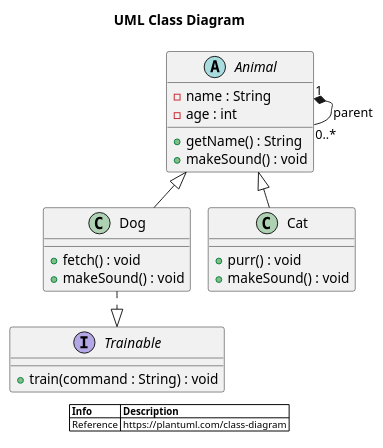
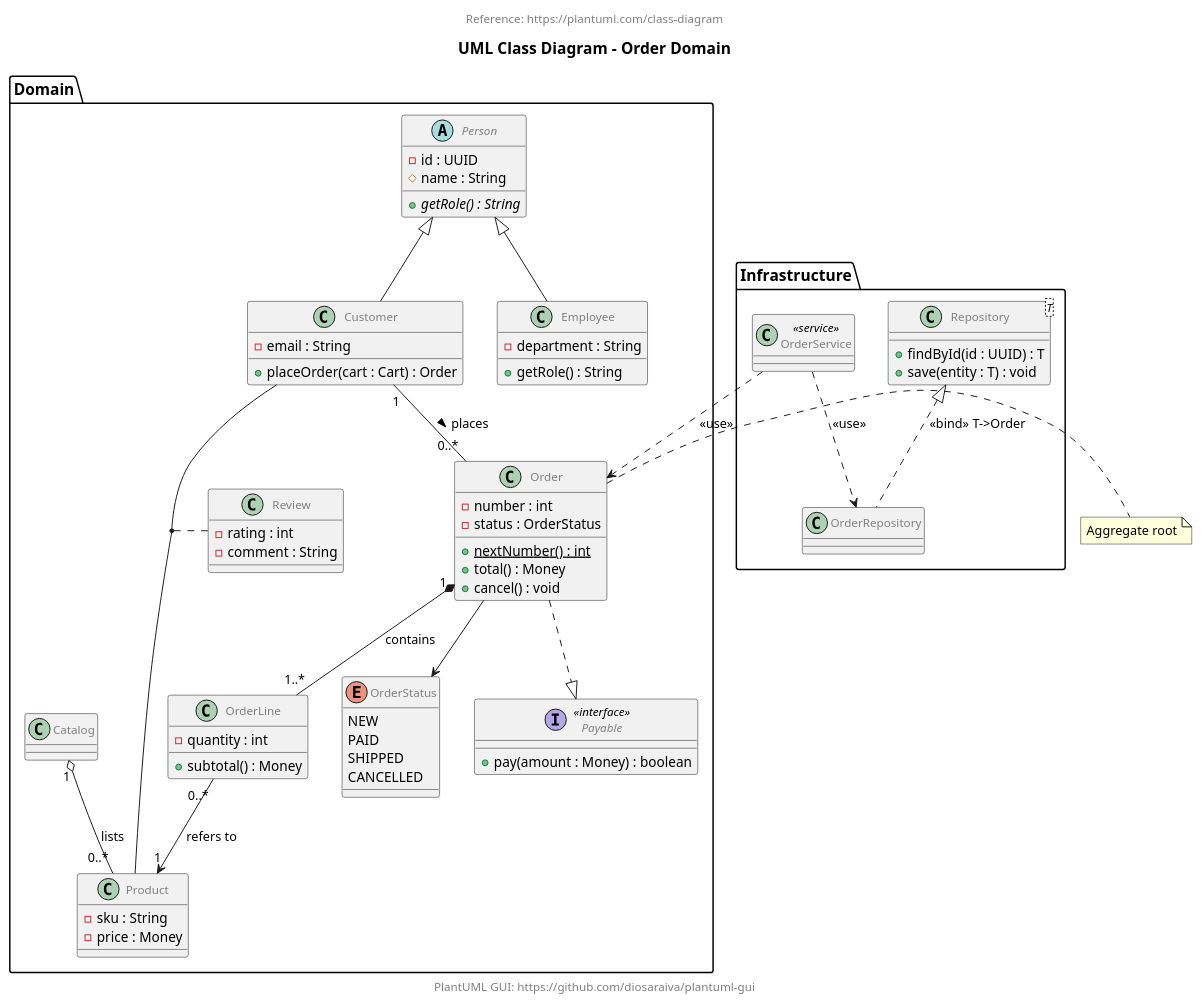
The diagram in plantuml-gui-java/src/main/resources/plantuml/samples/uml_class.puml (diosaraiva/plantuml-gui), drawn with PlantUML before and after one commit. The commit also changed 68 other files, not shown here.

```diff
--- a/plantuml-gui-java/src/main/resources/plantuml/samples/uml_class.puml
+++ b/plantuml-gui-java/src/main/resources/plantuml/samples/uml_class.puml
@@ -1,42 +1,117 @@
 @startuml
-!pragma layout smetana
+' ---- Customizations ----
+<style>
+title {
+  HorizontalAlignment center
+  FontSize 16
+  FontColor black
+}
 
-title UML Class Diagram
+header {
+  HorizontalAlignment center
+  FontSize 12
+  FontColor gray
+}
 
-' ---- Customizations ----
-skinparam legendBackgroundColor #white
-skinparam legendBorderColor #white
-skinparam legendFontSize 10
+footer {
+  HorizontalAlignment center
+  FontSize 12
+  FontColor gray
+}
+
+legend {
+  FontSize 12
+  BackGroundColor white
+}
+
+caption {
+  FontSize 32
+}
+</style>
+
+header Reference: https://plantuml.com/class-diagram
+
+footer PlantUML GUI: https://github.com/diosaraiva/plantuml-gui 
+
+title UML Class Diagram - Order Domain
 
 ' ---- Elements ----
-abstract class Animal {
-  - name : String
-  - age : int
-  + getName() : String
-  + makeSound() : void
+package "Domain" {
+  abstract class Person {
+    - id : UUID
+    # name : String
+    + {abstract} getRole() : String
+  }
+
+  class Customer {
+    - email : String
+    + placeOrder(cart : Cart) : Order
+  }
+
+  class Employee {
+    - department : String
+    + getRole() : String
+  }
+
+  class Order {
+    - number : int
+    - status : OrderStatus
+    + {static} nextNumber() : int
+    + total() : Money
+    + cancel() : void
+  }
+
+  class OrderLine {
+    - quantity : int
+    + subtotal() : Money
+  }
+
+  class Product {
+    - sku : String
+    - price : Money
+  }
+
+  class Catalog
+
+  class Review {
+    - rating : int
+    - comment : String
+  }
+
+  enum OrderStatus {
+    NEW
+    PAID
+    SHIPPED
+    CANCELLED
+  }
+
+  interface Payable <<interface>> {
+    + pay(amount : Money) : boolean
+  }
 }
 
-class Dog extends Animal {
-  + fetch() : void
-  + makeSound() : void
+package "Infrastructure" {
+  class Repository<T> {
+    + findById(id : UUID) : T
+    + save(entity : T) : void
+  }
+  class OrderRepository
+  class OrderService <<service>>
 }
 
-class Cat extends Animal {
-  + purr() : void
-  + makeSound() : void
-}
+Person <|-- Customer
+Person <|-- Employee
+Customer "1" -- "0..*" Order : places >
+Order "1" *-- "1..*" OrderLine : contains
+OrderLine "0..*" --> "1" Product : refers to
+Catalog "1" o-- "0..*" Product : lists
+Order ..|> Payable
+Order --> OrderStatus
+Repository <|.. OrderRepository : <<bind>> T->Order
+OrderService ..> OrderRepository : <<use>>
+OrderService ..> Order : <<use>>
+(Customer, Product) .. Review
 
-interface Trainable {
-  + train(command : String) : void
-}
-
-' ---- Relations ----
-Dog ..|> Trainable
-Animal "1" *-- "0..*" Animal : parent
-
-legend
-|= Info |= Description |
-| Reference | https://plantuml.com/class-diagram |
-endlegend
+note right of Order : Aggregate root
 
 @enduml
```
